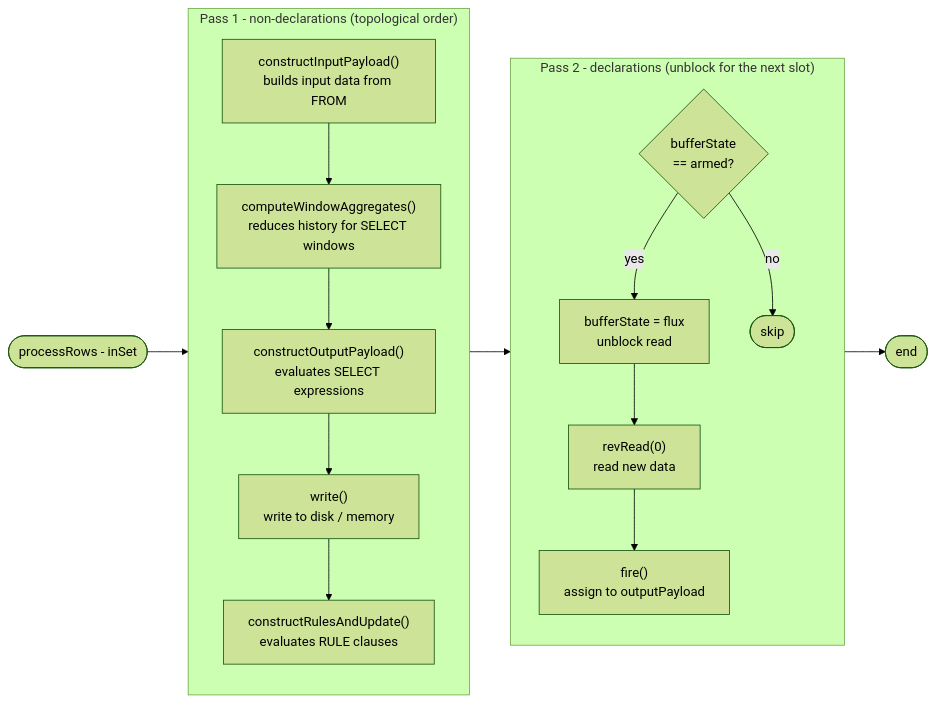
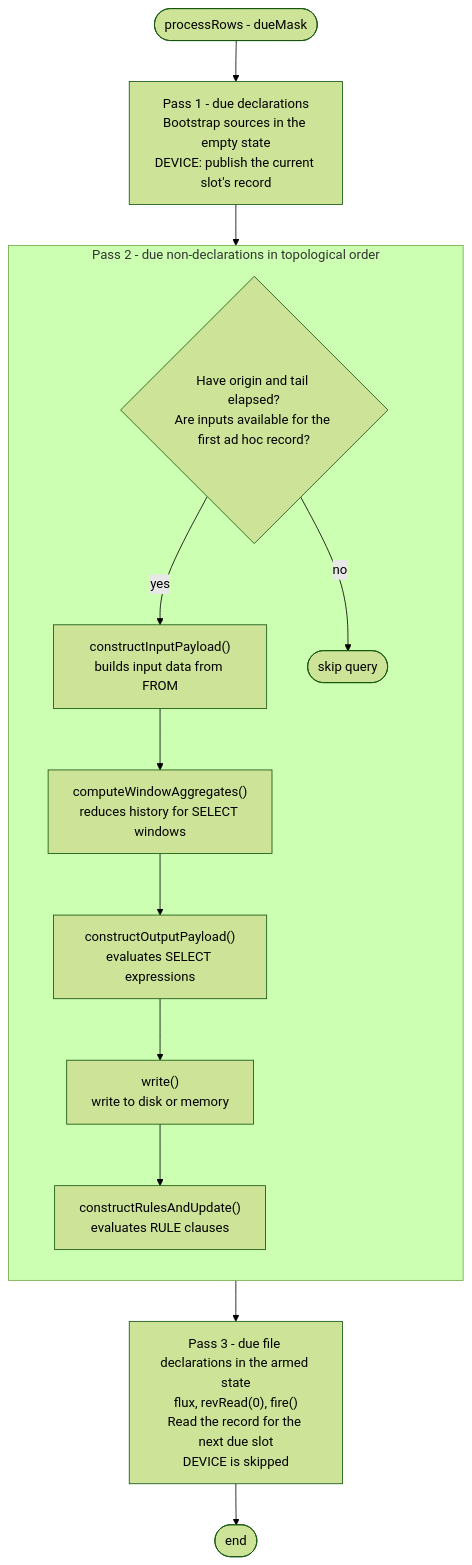
One commit to michalwidera/documentation-rdb changed the fourth of 6 diagrams in query-execution/query-tree-traversal-algorithm.md. Above: the diagram before and after it, drawn with Mermaid (forest theme). The commit also changed other lines of this file and 4 other files, not shown here.

````diff
--- a/query-execution/query-tree-traversal-algorithm.md
+++ b/query-execution/query-tree-traversal-algorithm.md
@@ -138,27 +148,20 @@
 ```mermaid
 %%{init: {"markdownAutoWrap": false}}%%
-flowchart LR
-    S([processRows - inSet]) --> P1
+flowchart TB
+    S([processRows - dueMask]) --> P1
+    P1["Pass 1 - due declarations<br/>Bootstrap sources in the empty state<br/>DEVICE: publish the current slot's record"] --> P2
 
-    subgraph P1["Pass 1 - non-declarations (topological order)"]
+    subgraph P2["Pass 2 - due non-declarations in topological order"]
         direction TB
+        X0{"Have origin and tail elapsed?<br/>Are inputs available for the first ad hoc record?"} -->|yes| X1
+        X0 -->|no| X5([skip query])
         X1["constructInputPayload()<br/>builds input data from FROM"] --> XW
         XW["computeWindowAggregates()<br/>reduces history for SELECT windows"] --> X2
         X2["constructOutputPayload()<br/>evaluates SELECT expressions"] --> X3
-        X3["write()<br/>write to disk / memory"] --> X4
+        X3["write()<br/>write to disk or memory"] --> X4
         X4["constructRulesAndUpdate()<br/>evaluates RULE clauses"]
     end
 
-    P1 --> P2
-
-    subgraph P2["Pass 2 - declarations (unblock for the next slot)"]
-        direction TB
-        Y1{"bufferState<br/>== armed?"} -->|yes| Y2
-        Y2["bufferState = flux<br/>unblock read"] --> Y3
-        Y3["revRead(0)<br/>read new data"] --> Y4
-        Y4["fire()<br/>assign to outputPayload"]
-        Y1 -->|no| Y5([skip])
-    end
-
-    P2 --> E([end])
+    P2 --> P3
+    P3["Pass 3 - due file declarations in the armed state<br/>flux, revRead(0), fire()<br/>Read the record for the next due slot<br/>DEVICE is skipped"] --> E([end])
 ```
````
